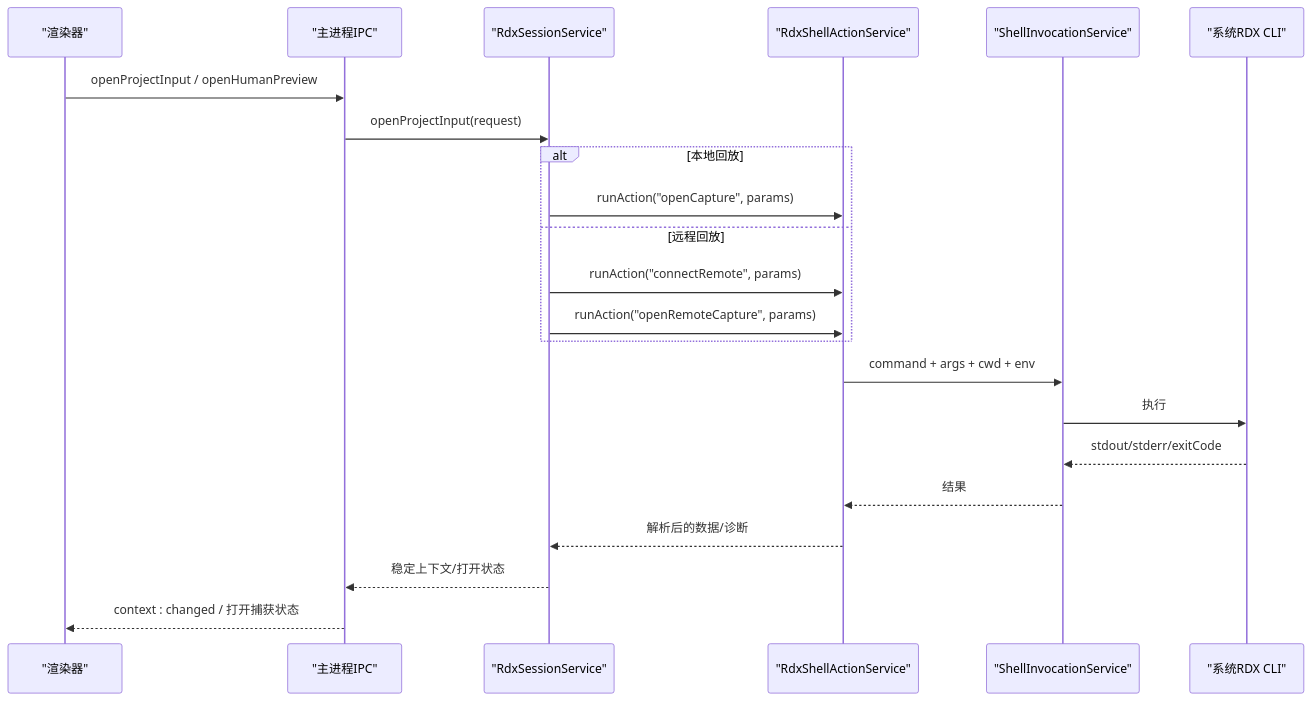
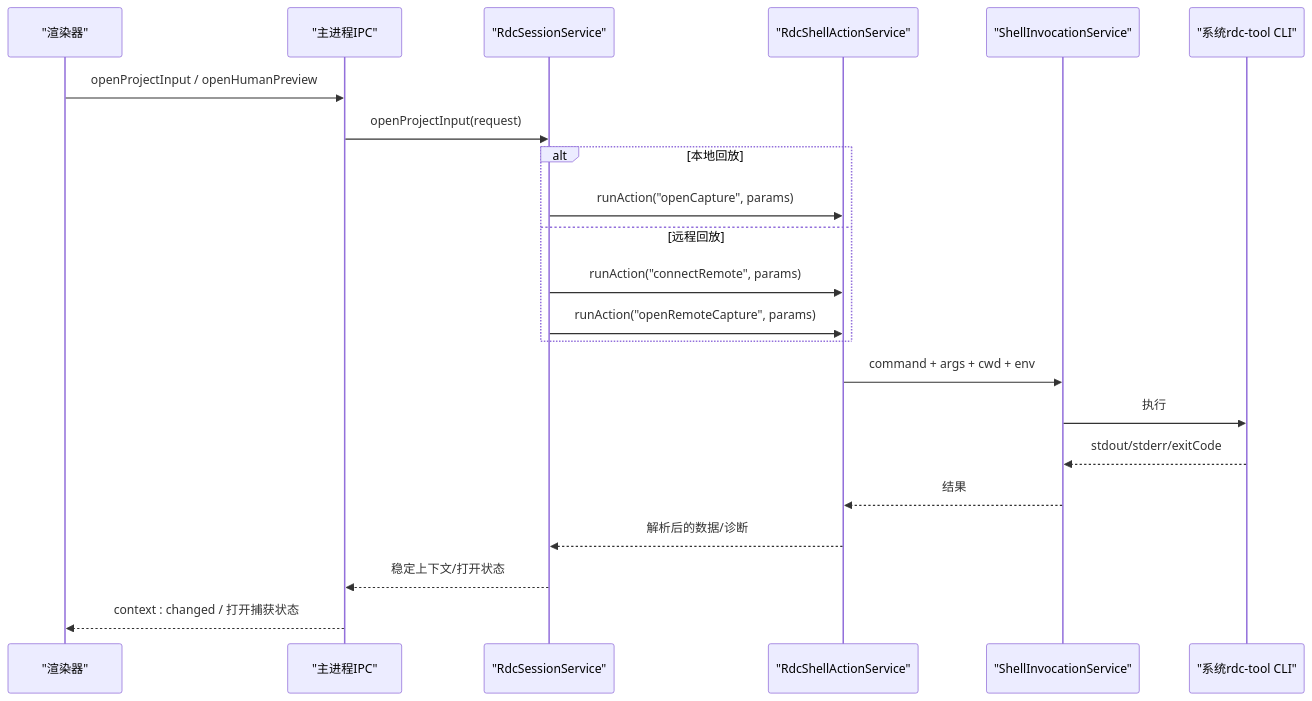
One commit to haolange/RDC-Agent changed the fifth of 7 diagrams in .qoder/repowiki/zh/content/架构设计/整体架构概览.md. Above: the diagram before and after it, drawn with Mermaid. The commit also changed other lines of this file and 557 other files, not shown here.

First line of the commit message:
Unify RDC-Agent identity and canonical RDC-Tool integration

````diff
--- a/.qoder/repowiki/zh/content/架构设计/整体架构概览.md
+++ b/.qoder/repowiki/zh/content/架构设计/整体架构概览.md
@@ -244,24 +244,24 @@
 ```mermaid
 sequenceDiagram
 participant UI as "渲染器"
 participant IPC as "主进程IPC"
-participant Svc as "RdxSessionService"
-participant Act as "RdxShellActionService"
+participant Svc as "RdcSessionService"
+participant Act as "RdcShellActionService"
 participant Shell as "ShellInvocationService"
-participant CLI as "系统RDX CLI"
+participant CLI as "系统rdc-tool CLI"
 UI->>IPC : openProjectInput / openHumanPreview
 IPC->>Svc : openProjectInput(request)
 alt 本地回放
 Svc->>Act : runAction("openCapture", params)
 else 远程回放
 Svc->>Act : runAction("connectRemote", params)
 Svc->>Act : runAction("openRemoteCapture", params)
 end
 Act->>Shell : command + args + cwd + env
 Shell->>CLI : 执行
 CLI-->>Shell : stdout/stderr/exitCode
 Shell-->>Act : 结果
 Act-->>Svc : 解析后的数据/诊断
 Svc-->>IPC : 稳定上下文/打开状态
 IPC-->>UI : context : changed / 打开捕获状态
 ```
````
